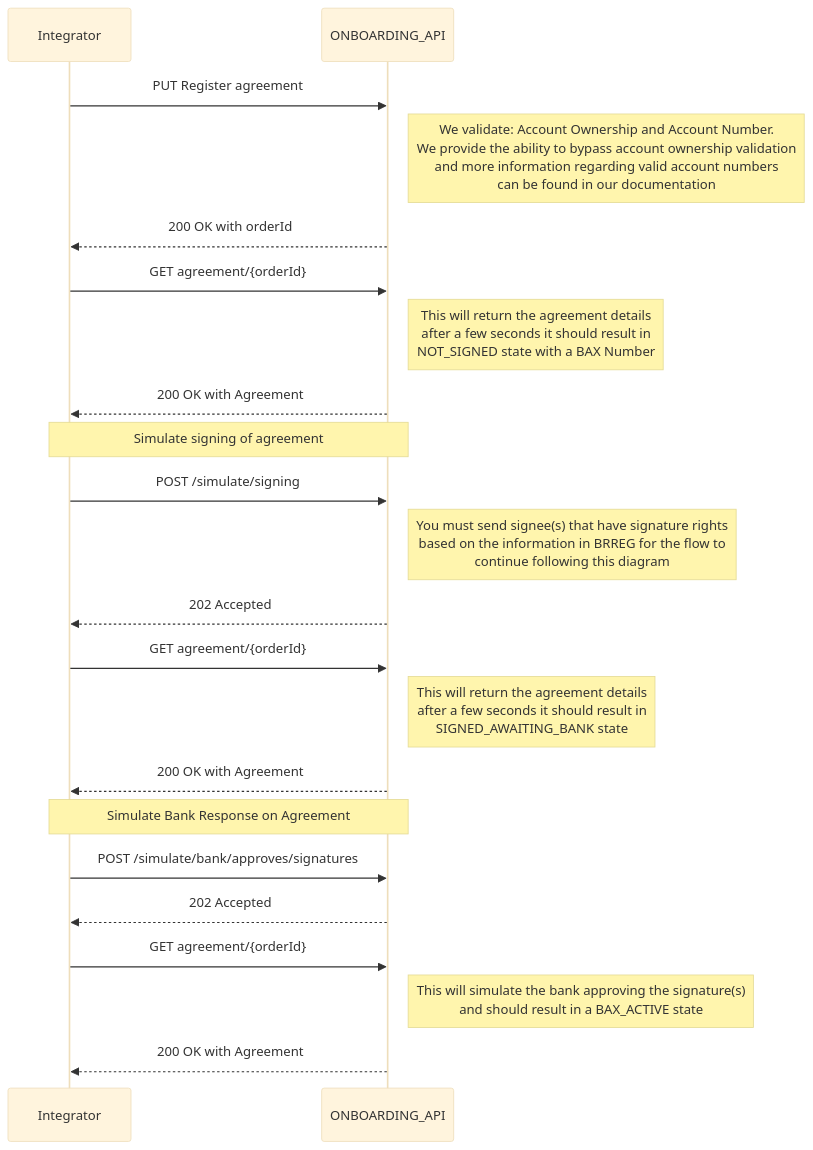
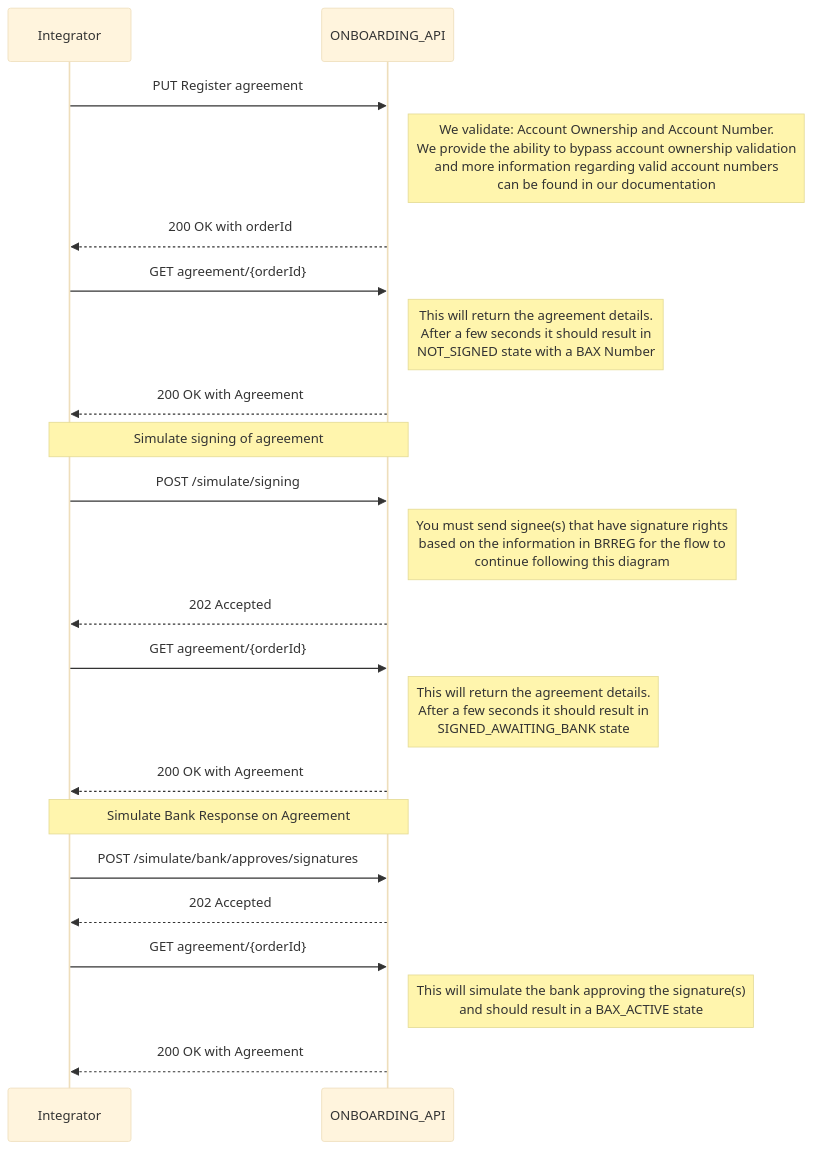
Before and after one commit to BankAxept/bankaxept-onboarding-external-documentation: the fourth of 5 diagrams in docs/getting_started.md, drawn with Mermaid (base theme). The commit also changed other lines of this file, not shown here.

````diff
--- a/docs/getting_started.md
+++ b/docs/getting_started.md
@@ -90,29 +90,29 @@
 ```mermaid
 sequenceDiagram
 participant I as Integrator
 participant O as ONBOARDING_API
 
 I ->> O: PUT Register agreement
 note right of O: We validate: Account Ownership and Account Number. <br/> We provide the ability to bypass account ownership validation <br/> and more information regarding valid account numbers <br/> can be found in our documentation
 O -->> I: 200 OK with orderId
 
 I ->> O: GET agreement/{orderId}
-note right of O: This will return the agreement details <br/> after a few seconds it should result in <br/> NOT_SIGNED state with a BAX Number
+note right of O: This will return the agreement details. <br/> After a few seconds it should result in <br/> NOT_SIGNED state with a BAX Number
 O -->> I: 200 OK with Agreement
 note over I, O: Simulate signing of agreement
 I ->> O: POST /simulate/signing
 note right of O: You must send signee(s) that have signature rights <br/> based on the information in BRREG for the flow to <br/> continue following this diagram
 O -->> I: 202 Accepted
 I ->> O: GET agreement/{orderId}
-note right of O: This will return the agreement details <br/> after a few seconds it should result in <br/> SIGNED_AWAITING_BANK state
+note right of O: This will return the agreement details. <br/> After a few seconds it should result in <br/> SIGNED_AWAITING_BANK state
 O -->> I: 200 OK with Agreement
 
 note over I, O: Simulate Bank Response on Agreement
 
 I ->> O: POST /simulate/bank/approves/signatures
 
 O -->> I: 202 Accepted
 I ->> O: GET agreement/{orderId}
 note right of O: This will simulate the bank approving the signature(s) <br/> and should result in a BAX_ACTIVE state
 O -->> I: 200 OK with Agreement
 ```
````
